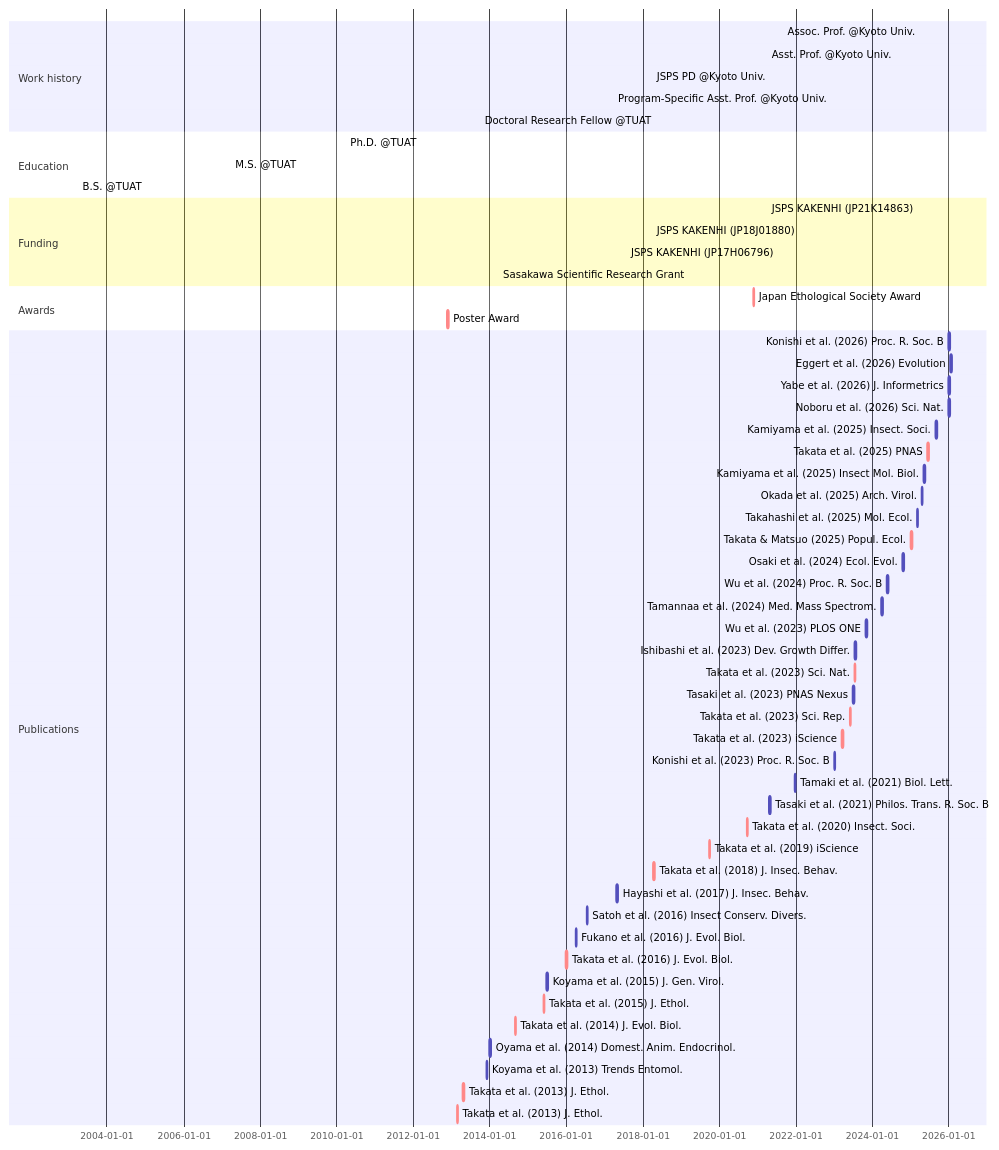
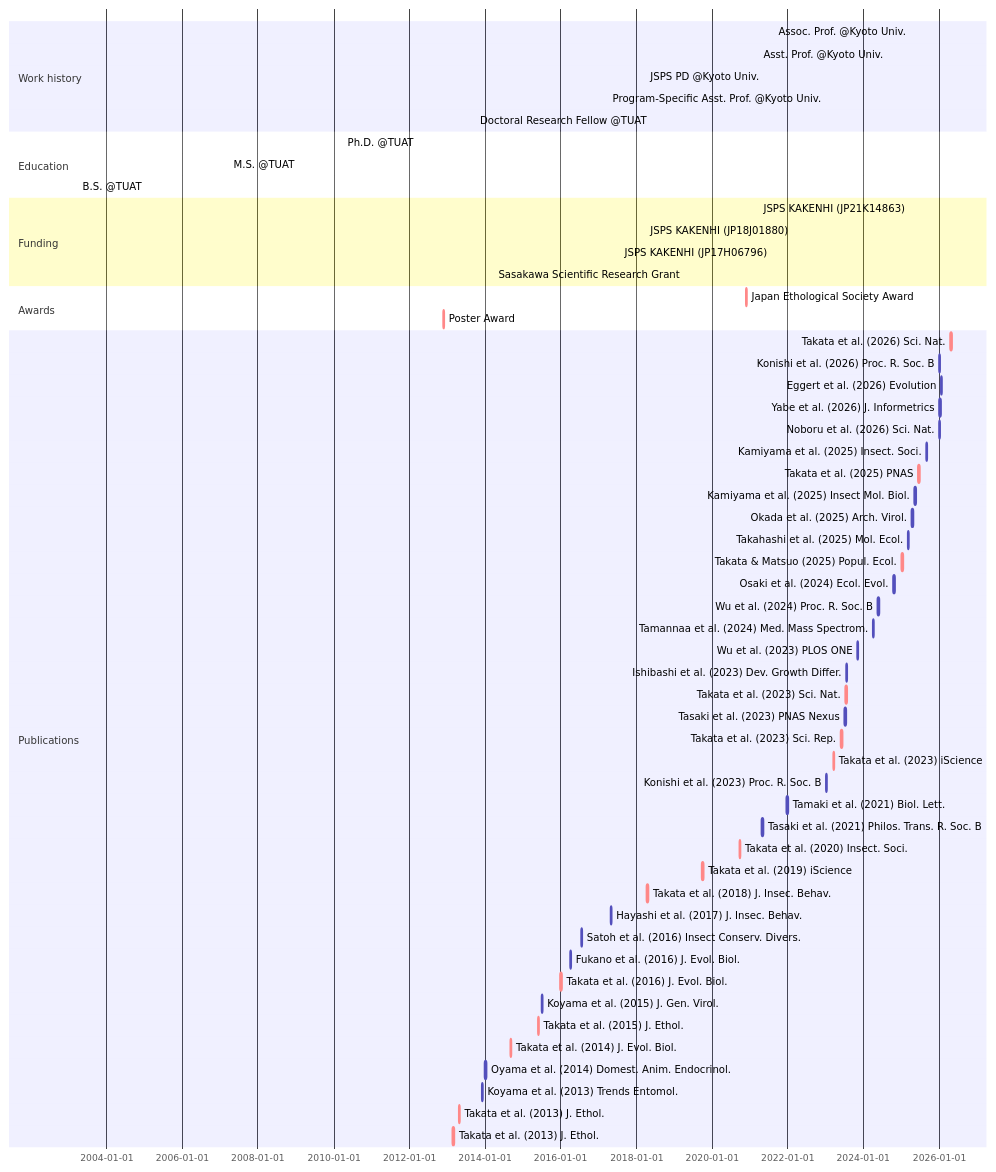
Before and after one commit to MamoruTakata/MamoruTakata.github.io: the diagram in _includes/mermaid-cv.md, drawn with Mermaid.

````diff
--- a/_includes/mermaid-cv.md
+++ b/_includes/mermaid-cv.md
@@ -1,62 +1,63 @@
 ```mermaid
 gantt
 section Work history
   Assoc. Prof. @Kyoto Univ.                     : active, Assoc. Prof., 2025-04-01, 2030-03-31
   Asst. Prof. @Kyoto Univ.                      : active, Asst. Prof., 2021-04-01, 2025-03-31
   JSPS PD @Kyoto Univ.                          : active, PD, 2018-04-01, 2021-03-31
   Program-Specific Asst. Prof. @Kyoto Univ.     : active, Program-Specific Asst. Prof., 2017-04-01, 2018-03-31
   Doctoral Research Fellow @TUAT                : active, Program-Specific Asst. Prof., 2013-10-01, 2017-03-31
 
 section Education
   Ph.D. @TUAT    : Ph.D., 2010-04-01, 2013-09-18
   M.S. @TUAT     : M.S., 2007-04-01, 2010-03-31
   B.S. @TUAT     : B.S., 2003-04-01, 2007-03-31
 
 section Funding
   JSPS KAKENHI (JP21K14863)                     : active, grant_young, 2021-04-01, 2026-03-31
   JSPS KAKENHI (JP18J01880)                     : active, grant_PD, 2018-04-01, 2021-03-31
   JSPS KAKENHI (JP17H06796)                     : active, grant_start, 2017-08-01, 2018-03-31
   Sasakawa Scientific Research Grant            : active, grant_Sasagawa, 2014-04-01, 2015-03-31
 
 section Awards
   Japan Ethological Society Award               : crit, aw_2, 2020-11-21, 2w
   Poster Award                                  : crit, aw_1, 2012-11-24, 2w
 
 section Publications
+  Takata et al. (2026) Sci. Nat.                : crit, Takata et al. 2026, 2026-04-24, 2w
   Konishi et al. (2026) Proc. R. Soc. B         :       Konishi et al. 2026, 2026-01-02, 2w
   Eggert et al. (2026) Evolution                :       Eggert et al. 2026, 2026-1-20, 2w
   Yabe et al. (2026) J. Informetrics            :       Yabe et al. 2026, 2026-1-3, 2w
   Noboru et al. (2026) Sci. Nat.                :       Noboru et al. 2026, 2026-1-1, 2w
   Kamiyama et al. (2025) Insect. Soci.          :       Kamiyama et al. 2025, 2025-08-31, 2w
   Takata et al. (2025) PNAS                     : crit, Takata et al. 2025, 2025-06-13, 2w
   Kamiyama et al. (2025) Insect Mol. Biol.      :       Kamiyama et al. 2025, 2025-05-11, 2w
   Okada et al. (2025) Arch. Virol.              :       Okada et al. 2025, 2025-04-16, 2w
   Takahashi et al. (2025) Mol. Ecol.            :       Takahashi et al. 2025, 2025-03-04, 2w
   Takata & Matsuo (2025) Popul. Ecol.           : crit, Takata & Matsuo 2025, 2025-01-07, 2w
   Osaki et al. (2024) Ecol. Evol.               :       Osaki et al. 2024, 2024-10-17, 2w
   Wu et al. (2024) Proc. R. Soc. B              :       Wu et al. 2024, 2024-05-22, 2w
   Tamannaa et al. (2024) Med. Mass Spectrom.    :       Tamannaa et al. 2024, 2024-04-01, 2w
   Wu et al. (2023) PLOS ONE                     :       Wu et al. 2023, 2023-11-02, 2w
   Ishibashi et al. (2023) Dev. Growth Differ.   :       Ishibashi et al. 2023, 2023-07-18, 2w
   Takata et al. (2023) Sci. Nat.                : crit, Takata et al. 2023c, 2023-07-17, 2w
   Tasaki et al. (2023) PNAS Nexus               :       Tasaki et al. 2023, 2023-07-04, 2w
   Takata et al. (2023) Sci. Rep.                : crit, Takata et al. 2023b, 2023-05-31, 2w
   Takata et al. (2023) iScience                 : crit, Takata et al. 2023a, 2023-03-17, 2w
   Konishi et al. (2023) Proc. R. Soc. B         :       Konishi et al. 2023, 2023-01-04, 2w
   Tamaki et al. (2021) Biol. Lett.              :       Tamaki et al. 2021, 2021-12-22, 2w
   Tasaki et al. (2021) Philos. Trans. R. Soc. B :       Tasaki et al. 2021, 2021-04-26, 2w
   Takata et al. (2020) Insect. Soci.            : crit, Takata et al. 2020, 2020-09-22, 2w
   Takata et al. (2019) iScience                 : crit, Takata et al. 2019, 2019-09-27, 2w
   Takata et al. (2018) J. Insec. Behav.         : crit, Takata et al. 2018, 2018-04-14, 2w
   Hayashi et al. (2017) J. Insec. Behav.        :       Hayashi et al. 2017, 2017-04-29, 2w
   Satoh et al. (2016) Insect Conserv. Divers.   :       Satoh et al. 2016, 2016-07-16, 2w
   Fukano et al. (2016) J. Evol. Biol.           :       Fukano et al. 2016, 2016-04-01, 2w
   Takata et al. (2016) J. Evol. Biol.           : crit, Takata et al. 2016, 2016-01-01, 2w
   Koyama et al. (2015) J. Gen. Virol.           :       Koyama et al. 2015, 2015-07-01, 2w
   Takata et al. (2015) J. Ethol.                : crit, Takata et al. 2015, 2015-05-28, 2w
   Takata et al. (2014) J. Evol. Biol.           : crit, Takata et al. 2014, 2014-09-01, 2w
   Oyama et al. (2014) Domest. Anim. Endocrinol. :       Oyama et al. 2014, 2014-01-01, 2w
   Koyama et al. (2013) Trends Entomol.          :       Koyama et al. 2013, 2013-12-01, 2w
   Takata et al. (2013) J. Ethol.                : crit, Takata et al. 2015b, 2013-04-21, 2w
   Takata et al. (2013) J. Ethol.                : crit, Takata et al. 2015a, 2013-02-23, 2w
 ```
````
